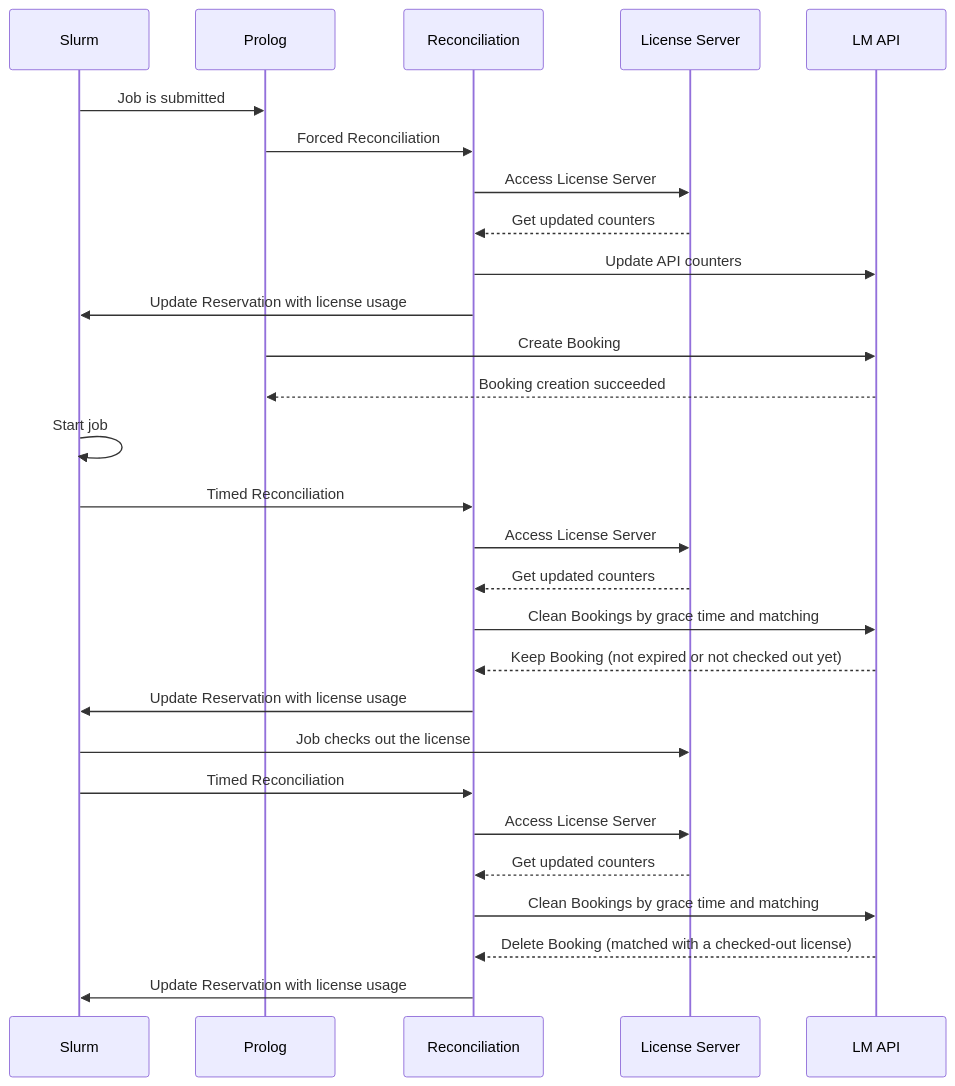
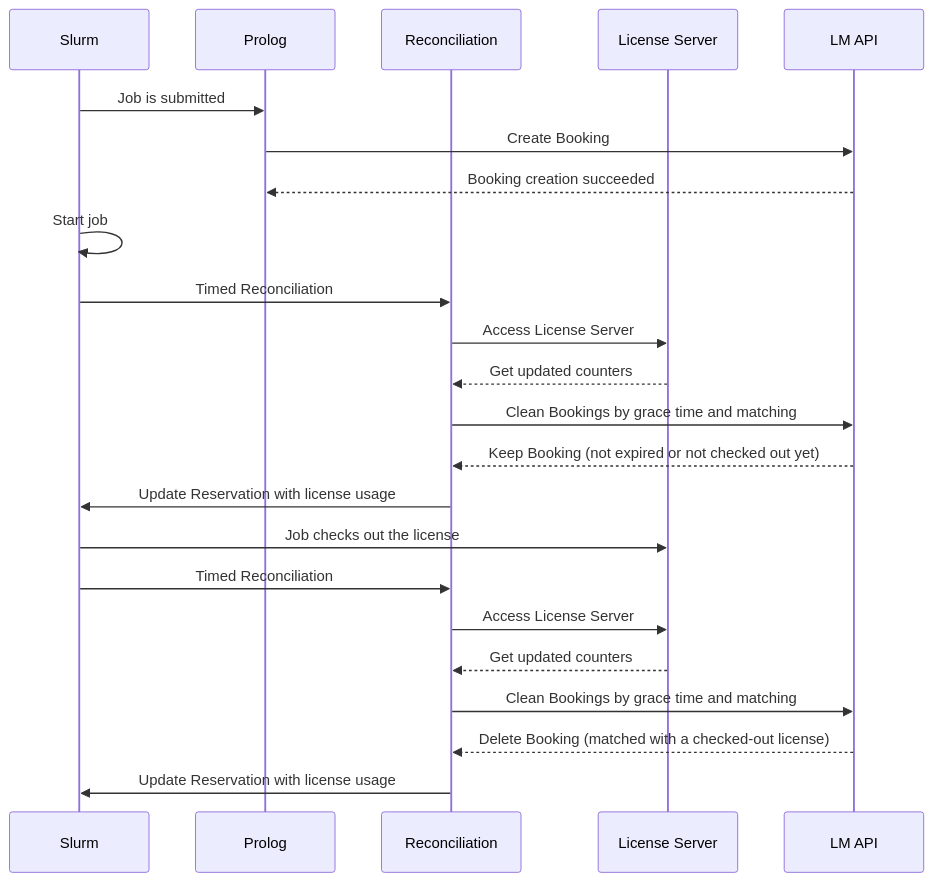
One commit to omnivector-solutions/license-manager changed the second of 2 diagrams in lm-docs/docs/src/architecture/agent.md. Above: the diagram before and after it, drawn with Mermaid. The commit also changed other lines of this file and 6 other files, not shown here.

First line of the commit message:
feat(lm-docs): update documention for new lm-agent architecture (#575)

````diff
--- a/lm-docs/docs/src/architecture/agent.md
+++ b/lm-docs/docs/src/architecture/agent.md
@@ -139,36 +139,31 @@
 ``` mermaid
     sequenceDiagram
         participant Slurm
         participant Prolog
         participant Reconciliation
         participant LicenseServer as License Server
         participant LMAPI as LM API
 
         %% Sequence begins
         Slurm->>Prolog: Job is submitted
-        Prolog->>Reconciliation: Forced Reconciliation
-        Reconciliation->>LicenseServer: Access License Server
-        LicenseServer-->>Reconciliation: Get updated counters
-        Reconciliation->>LMAPI: Update API counters
-        Reconciliation->>Slurm: Update Reservation with license usage
         Prolog->>LMAPI: Create Booking
         LMAPI-->>Prolog: Booking creation succeeded
         Slurm->>Slurm: Start job
         
         %% Timed Reconciliation starts
         Slurm->>Reconciliation: Timed Reconciliation
         Reconciliation->>LicenseServer: Access License Server
         LicenseServer-->>Reconciliation: Get updated counters
         Reconciliation->>LMAPI: Clean Bookings by grace time and matching
         LMAPI-->>Reconciliation: Keep Booking (not expired or not checked out yet)
         Reconciliation->>Slurm: Update Reservation with license usage
 
         %% Job checks out the license
         Slurm->>LicenseServer: Job checks out the license
         Slurm->>Reconciliation: Timed Reconciliation
         Reconciliation->>LicenseServer: Access License Server
         LicenseServer-->>Reconciliation: Get updated counters
         Reconciliation->>LMAPI: Clean Bookings by grace time and matching
         LMAPI-->>Reconciliation: Delete Booking (matched with a checked-out license)
         Reconciliation->>Slurm: Update Reservation with license usage
 ```
````
